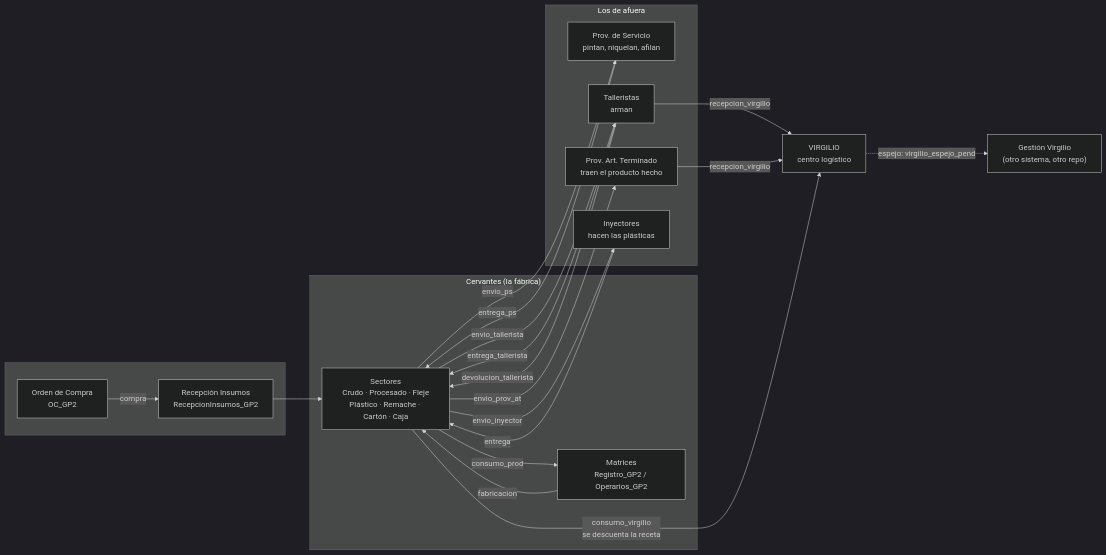
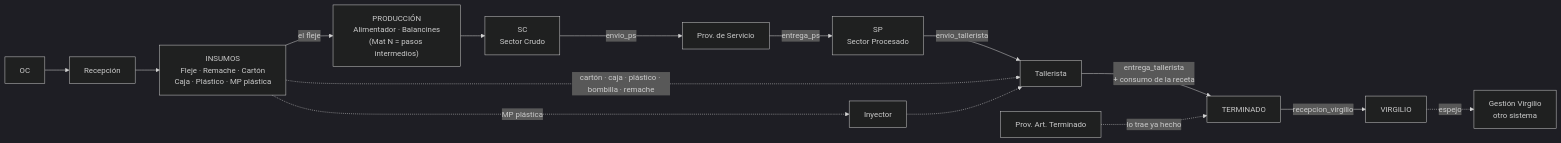
Before and after one commit to loekemeyer/Gestion-Productiva-2.0: the first of 4 diagrams in GP2_CROQUIS.md, drawn with Mermaid (dark theme). The commit also changed other lines of this file and 2 other files, not shown here.

Commit message:
Croquis corregido: GP2 es una linea, no una nube de sectores
El dibujo anterior era mio, no de los datos: ponia los sectores como una nube con
flechas de ida y vuelta y escondia el espinazo. La cadena real, dictada por el
usuario, es OC -> Recepcion -> Insumos -> Produccion (Alimentador/Balancines) ->
SC -> Envio PS -> Entrega PS -> SP -> Envio Tall -> Entrega Tall -> Virgilio.

Verificado contra ruta_paso antes de redibujar, y da eso: matriz Fleje->Crudo 120
pasos (+91 via Mat N), prov. servicio Crudo->Procesado 122, tallerista
Procesado->Terminado 173, virgilio desde Terminado 855. Las maquinas son balancin
(70 matrices) y alimentador (43). No habia nada roto en la base: era el dibujo.

Quedan anotadas las tres cosas que la cadena esconde: Mat N es parte de
Produccion; no todo pasa por PS (41 pasos devuelven al mismo SC, 14 rutas van
directo al tallerista); y los insumos que no son fleje van al tallerista y se
descuentan por la receta.

CONOCIMIENTO 4ch.

Claude-Session: https://claude.ai/code/session_01919pw832tGXXsYciEPj4rc

````diff
--- a/GP2_CROQUIS.md
+++ b/GP2_CROQUIS.md
@@ -14,34 +24,16 @@
 ```mermaid
 flowchart LR
-  subgraph COMPRA[" "]
-    OC["Orden de Compra<br/>OC_GP2"]
-    REC["Recepción Insumos<br/>RecepcionInsumos_GP2"]
-  end
-
-  subgraph CASA["Cervantes (la fábrica)"]
-    SEC["Sectores<br/>Crudo · Procesado · Fleje<br/>Plástico · Remache · Cartón · Caja"]
-    MAT["Matrices<br/>Registro_GP2 / Operarios_GP2"]
-  end
-
-  subgraph TERCEROS["Los de afuera"]
-    PS["Prov. de Servicio<br/>pintan, niquelan, afilan"]
-    TALL["Talleristas<br/>arman"]
-    PAT["Prov. Art. Terminado<br/>traen el producto hecho"]
-    INY["Inyectores<br/>hacen las plásticas"]
-  end
-
-  VIR["VIRGILIO<br/>centro logístico"]
-  GV["Gestión Virgilio<br/>(otro sistema, otro repo)"]
-
-  OC -->|compra| REC --> SEC
-  SEC -->|consumo_prod| MAT -->|fabricacion| SEC
-  SEC -->|envio_ps| PS -->|entrega_ps| SEC
-  SEC -->|envio_tallerista| TALL -->|entrega_tallerista| SEC
-  TALL -->|devolucion_tallerista| SEC
-  SEC -->|envio_inyector| INY -->|entrega| SEC
-  SEC -->|envio_prov_at| PAT
-  TALL -->|recepcion_virgilio| VIR
-  PAT -->|recepcion_virgilio| VIR
-  SEC -->|consumo_virgilio<br/>se descuenta la receta| VIR
-  VIR -.->|espejo: virgilio_espejo_pend| GV
+  OC["OC"] --> REC["Recepción"] --> INS["INSUMOS<br/>Fleje · Remache · Cartón<br/>Caja · Plástico · MP plástica"]
+  INS -->|el fleje| PROD["PRODUCCIÓN<br/>Alimentador · Balancines<br/>(Mat N = pasos intermedios)"]
+  PROD --> SC["SC<br/>Sector Crudo"]
+  SC -->|envio_ps| PS["Prov. de Servicio"]
+  PS -->|entrega_ps| SP["SP<br/>Sector Procesado"]
+  SP -->|envio_tallerista| TALL["Tallerista"]
+  TALL -->|"entrega_tallerista<br/>+ consumo de la receta"| TER["TERMINADO"]
+  TER -->|recepcion_virgilio| VIR["VIRGILIO"]
+  INS -.->|cartón · caja · plástico · bombilla · remache| TALL
+  INS -.->|MP plástica| INY["Inyector"]
+  INY -.-> TALL
+  PAT["Prov. Art. Terminado"] -.->|lo trae ya hecho| TER
+  VIR -.->|espejo| GV["Gestión Virgilio<br/>otro sistema"]
 ```
````
